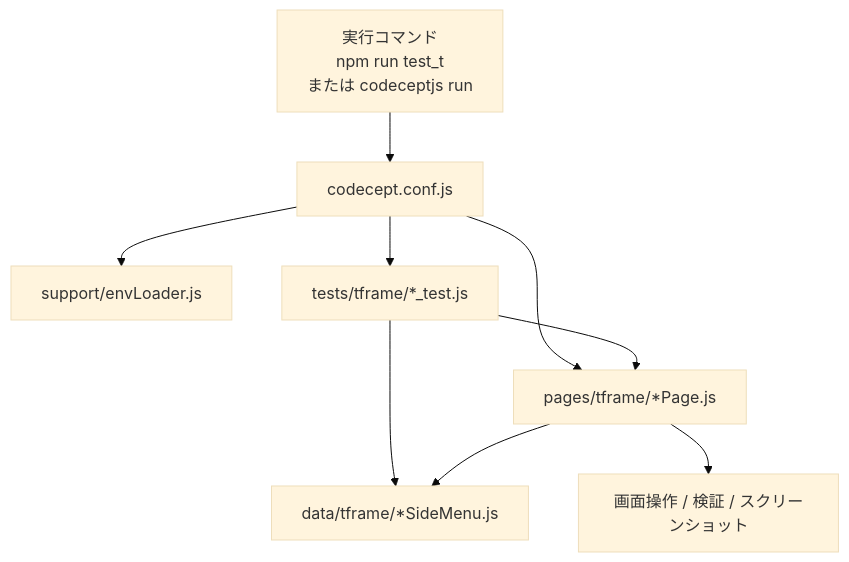
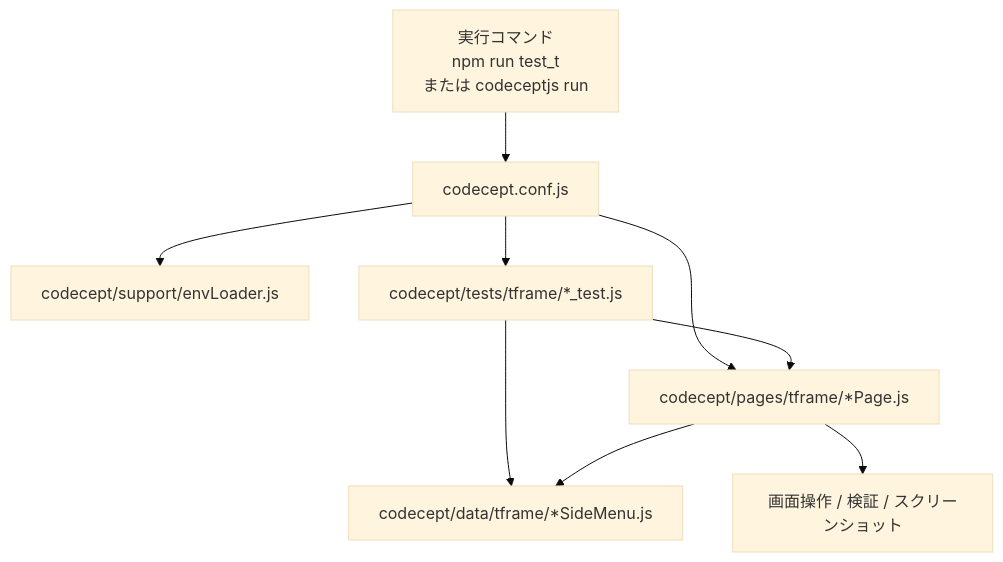
One commit to kageyama-aoi/e2e changed the first of 2 diagrams in docs/tframe/architecture.md. Above: the diagram before and after it, drawn with Mermaid (base theme). The commit also changed other lines of this file and 543 other files, not shown here.

First line of the commit message:
refactor(e2e): tests・pages・support・data を codecept/ の下にまとめる #337

````diff
--- a/docs/tframe/architecture.md
+++ b/docs/tframe/architecture.md
@@ -25,11 +25,11 @@
 ```mermaid
 flowchart TD
   A[実行コマンド\nnpm run test_t\nまたは codeceptjs run] --> B[codecept.conf.js]
-  B --> C[support/envLoader.js]
-  B --> D[tests/tframe/*_test.js]
-  B --> E[pages/tframe/*Page.js]
+  B --> C[codecept/support/envLoader.js]
+  B --> D[codecept/tests/tframe/*_test.js]
+  B --> E[codecept/pages/tframe/*Page.js]
   D --> E
-  D --> F[data/tframe/*SideMenu.js]
+  D --> F[codecept/data/tframe/*SideMenu.js]
   E --> F
   E --> G[画面操作 / 検証 / スクリーンショット]
 ```
````
